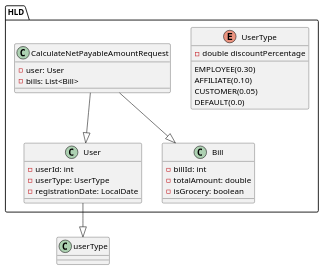
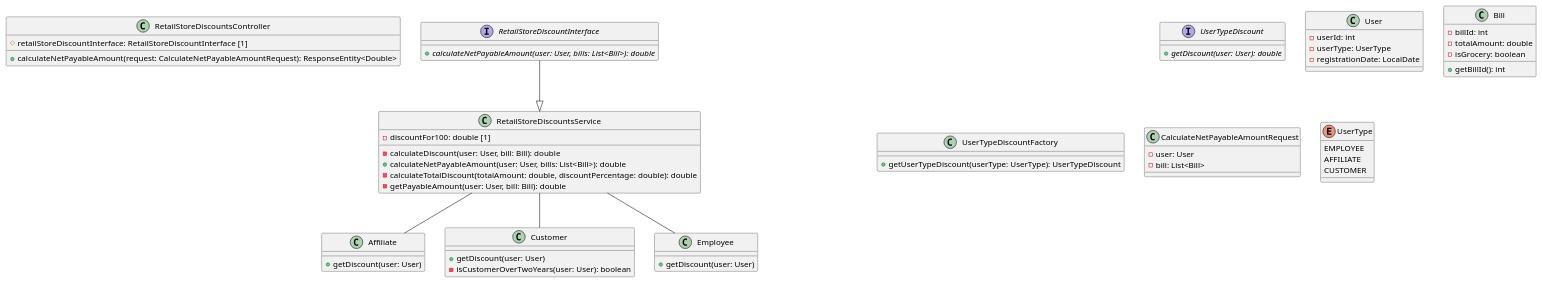
The diagram in sampleOutputResults/hld.puml (Nkm17000/retail_discount), drawn with PlantUML before and after one commit. The commit also changed 1 other file, not shown here.

Commit message:
#hld modification as per current design

```diff
--- a/sampleOutputResults/hld.puml
+++ b/sampleOutputResults/hld.puml
@@ -2,33 +1,72 @@
 @startuml
 
-package "HLD" {
-    class User {
-        - userId: int
-        - userType: UserType
-        - registrationDate: LocalDate
-    }
-        enum UserType {
-            EMPLOYEE(0.30)
-            AFFILIATE(0.10)
-            CUSTOMER(0.05)
-            DEFAULT(0.0)
-            - double discountPercentage
-        }
-
-    class Bill {
-        - billId: int
-        - totalAmount: double
-        - isGrocery: boolean
-    }
-
-    class CalculateNetPayableAmountRequest {
-        - user: User
-        - bills: List<Bill>
-    }
+interface RetailStoreDiscountInterface {
+    {abstract} +calculateNetPayableAmount(user: User, bills: List<Bill>): double
 }
 
-CalculateNetPayableAmountRequest --|> User
-CalculateNetPayableAmountRequest --|> Bill
-User --|> userType
+interface UserTypeDiscount {
+    {abstract} +getDiscount(user: User): double
+}
+
+class RetailStoreDiscountsController {
+    # retailStoreDiscountInterface: RetailStoreDiscountInterface [1]
+    + calculateNetPayableAmount(request: CalculateNetPayableAmountRequest): ResponseEntity<Double>
+}
+
+class RetailStoreDiscountsService {
+    - discountFor100: double [1]
+    - calculateDiscount(user: User, bill: Bill): double
+    + calculateNetPayableAmount(user: User, bills: List<Bill>): double
+    - calculateTotalDiscount(totalAmount: double, discountPercentage: double): double
+    - getPayableAmount(user: User, bill: Bill): double
+}
+
+class UserTypeDiscountFactory {
+    + getUserTypeDiscount(userType: UserType): UserTypeDiscount
+}
+
+class Affiliate {
+    + getDiscount(user: User)
+}
+
+class Customer {
+    + getDiscount(user: User)
+    - isCustomerOverTwoYears(user: User): boolean
+}
+
+class Employee {
+    + getDiscount(user: User)
+}
+
+class User {
+    - userId: int
+    - userType: UserType
+    - registrationDate: LocalDate
+}
+
+class Bill {
+    - billId: int
+    - totalAmount: double
+    - isGrocery: boolean
+    + getBillId(): int
+}
+
+class CalculateNetPayableAmountRequest {
+    - user: User
+    - bill: List<Bill>
+}
+
+enum UserType {
+    EMPLOYEE
+    AFFILIATE
+    CUSTOMER
+}
+
+RetailStoreDiscountInterface --|> RetailStoreDiscountsService
+RetailStoreDiscountsController -[hidden]right-> RetailStoreDiscountInterface
+RetailStoreDiscountsService -- Affiliate
+RetailStoreDiscountsService -- Customer
+RetailStoreDiscountsService -- Employee
+RetailStoreDiscountsService -[hidden]right-> UserTypeDiscountFactory: calculateDiscount() -> getUserTypeDiscount()
 
 @enduml
```
